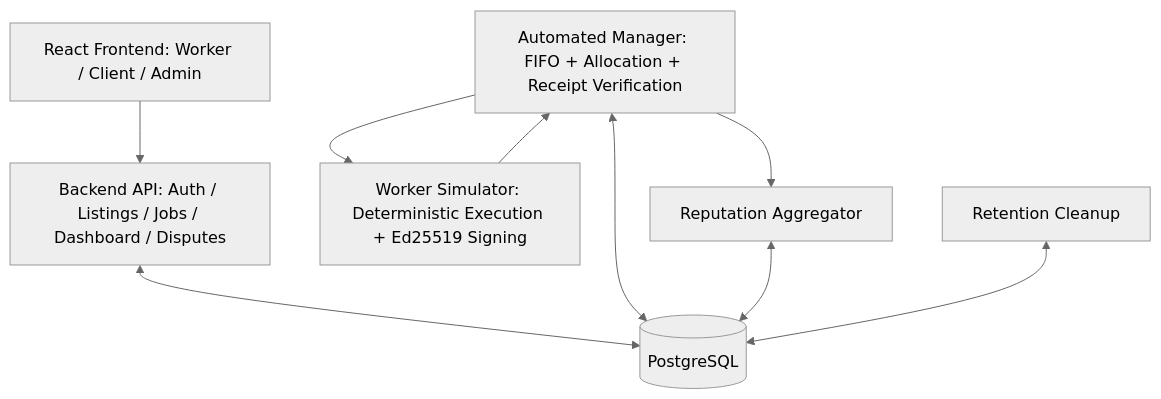
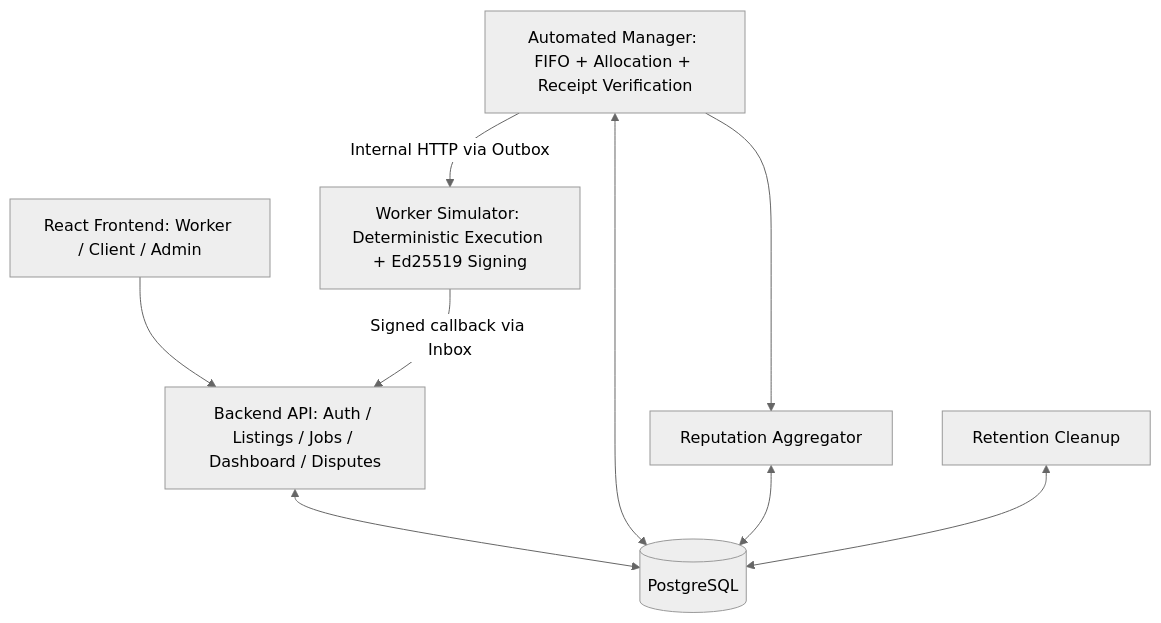
Before and after one commit to SE2026-BC-04/gpu-resource-marketplace: the diagram in docs/fr-nfr-consistency-and-architecture-readiness.md, drawn with Mermaid (neutral theme). The commit also changed other lines of this file and 13 other files, not shown here.

Commit message:
docs: update requirements and add architecture decisions

````diff
--- a/docs/fr-nfr-consistency-and-architecture-readiness.md
+++ b/docs/fr-nfr-consistency-and-architecture-readiness.md
@@ -59,19 +59,19 @@
 ```mermaid
 flowchart TB
     UI[React Frontend: Worker / Client / Admin]
     API[Backend API: Auth / Listings / Jobs / Dashboard / Disputes]
     DB[(PostgreSQL)]
     MGR[Automated Manager: FIFO + Allocation + Receipt Verification]
     SIM[Worker Simulator: Deterministic Execution + Ed25519 Signing]
     REP[Reputation Aggregator]
     TTL[Retention Cleanup]
 
     UI --> API
     API <--> DB
     MGR <--> DB
-    MGR --> SIM
-    SIM --> MGR
+    MGR -->|Internal HTTP via Outbox| SIM
+    SIM -->|Signed callback via Inbox| API
     MGR --> REP
     REP <--> DB
     TTL <--> DB
 ```
````
